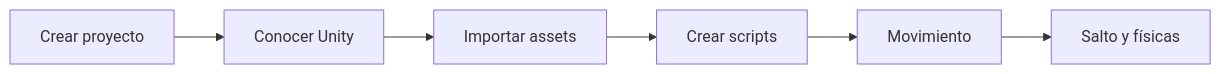
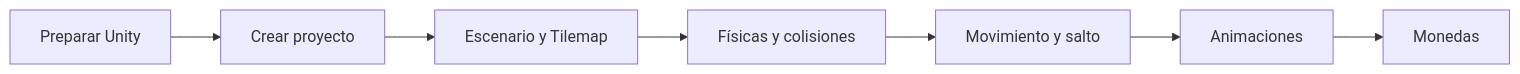
One commit to erciapps/web-home changed the diagram in docs/pmdm/videojuegos/index.md. Above: the diagram before and after it, drawn with Mermaid. The commit also changed other lines of this file and 2 other files, not shown here.

Commit message:
Proyecto

````diff
--- a/docs/pmdm/videojuegos/index.md
+++ b/docs/pmdm/videojuegos/index.md
@@ -5,8 +19,9 @@
 ```mermaid
 flowchart LR
-    A[Crear proyecto] --> B[Conocer Unity]
-    B --> C[Importar assets]
-    C --> D[Crear scripts]
-    D --> E[Movimiento]
-    E --> F[Salto y físicas]
+    A[Preparar Unity] --> B[Crear proyecto]
+    B --> C[Escenario y Tilemap]
+    C --> D[Físicas y colisiones]
+    D --> E[Movimiento y salto]
+    E --> F[Animaciones]
+    F --> G[Monedas]
 ```
````
